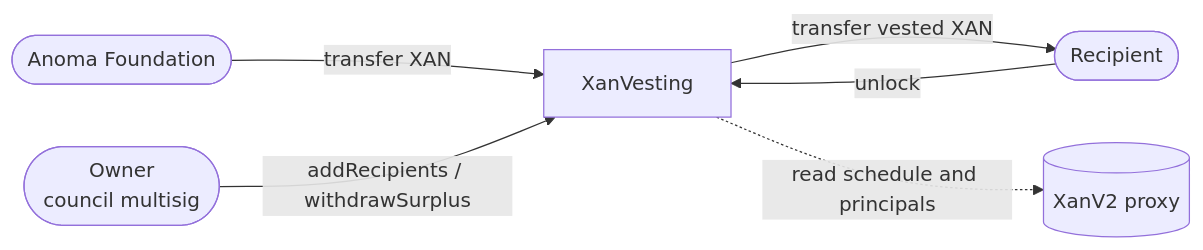
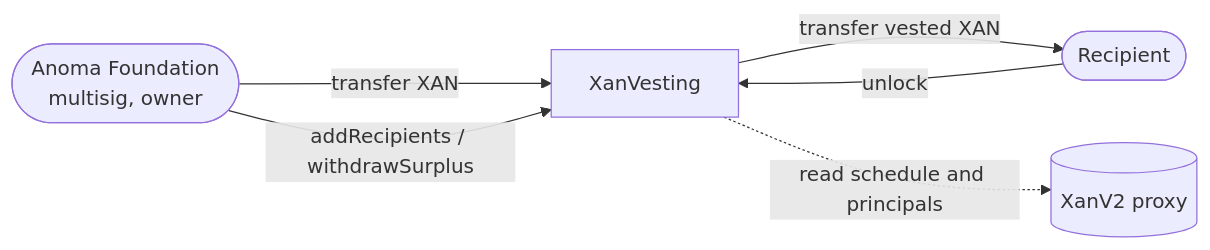
The diagram in docs/03-XanVesting.md (anoma/token), drawn with Mermaid before and after one commit. The commit also changed other lines of this file and 4 other files, not shown here.

Commit message:
docs: record the XanVesting owner, address check, and top-up rule

````diff
--- a/docs/03-XanVesting.md
+++ b/docs/03-XanVesting.md
@@ -15,14 +15,13 @@
 ```mermaid
 flowchart LR
-    foundation([Anoma Foundation])
-    owner([Owner<br/>council multisig])
+    foundation([Anoma Foundation<br/>multisig, owner])
     recipient([Recipient])
     vesting[XanVesting]
     token[(XanV2 proxy)]
 
     foundation -->|transfer XAN| vesting
-    owner -->|addRecipients / withdrawSurplus| vesting
+    foundation -->|addRecipients / withdrawSurplus| vesting
     recipient -->|unlock| vesting
     vesting -->|transfer vested XAN| recipient
     vesting -.->|read schedule and principals| token
 ```
````
